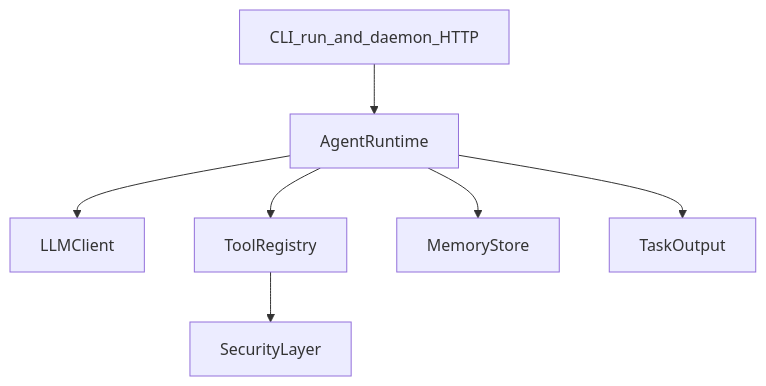
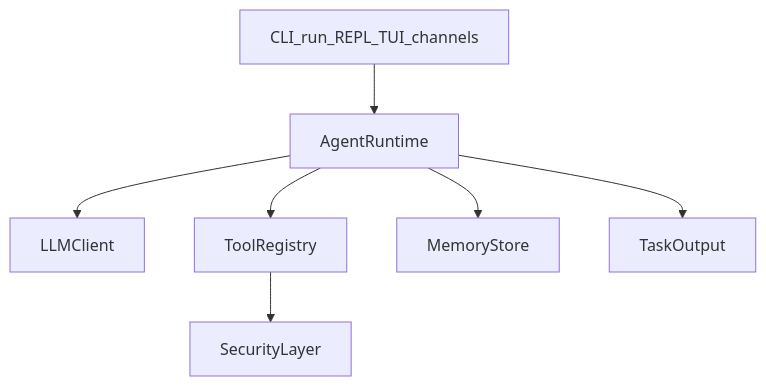
Before and after one commit to qingjiuzys/anycode: the first of 2 diagrams in docs-site/zh/guide/architecture.md, drawn with Mermaid. The commit also changed other lines of this file and 164 other files, not shown here.

First line of the commit message:
docs: roadmap follow-up (SSOT, ADR 004-006, issue #3, site nav)

````diff
--- a/docs-site/zh/guide/architecture.md
+++ b/docs-site/zh/guide/architecture.md
@@ -21,9 +23,9 @@
 ```mermaid
 flowchart TB
-  cli[CLI_run_and_daemon_HTTP] --> runtime[AgentRuntime]
+  cli[CLI_run_REPL_TUI_channels] --> runtime[AgentRuntime]
   runtime --> llm[LLMClient]
   runtime --> tools[ToolRegistry]
   runtime --> mem[MemoryStore]
   runtime --> out[TaskOutput]
   tools --> sec[SecurityLayer]
 ```
````
